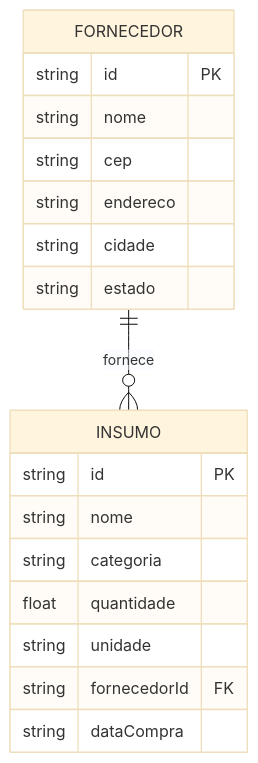
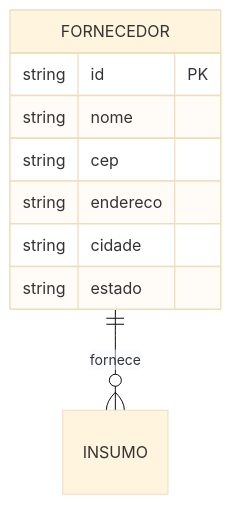
The diagram in docs/spec.md (matheusbren/agrostock), drawn with Mermaid (base theme) before and after one commit. The commit also changed other lines of this file, not shown here.

````diff
--- a/docs/spec.md
+++ b/docs/spec.md
@@ -11,23 +11,13 @@
 ```mermaid
 erDiagram
-FORNECEDOR ||--o{ INSUMO : "fornece"
+    FORNECEDOR ||--o{ INSUMO : "fornece"
 
-FORNECEDOR {
-string id PK
-string nome
-string cep
-string endereco
-string cidade
-string estado
-}
-
-INSUMO {
-string id PK
-string nome
-string categoria
-float quantidade
-string unidade
-string fornecedorId FK
-string dataCompra
-}
+    FORNECEDOR {
+        string id PK
+        string nome
+        string cep
+        string endereco
+        string cidade
+        string estado
+    }
 ```
````
